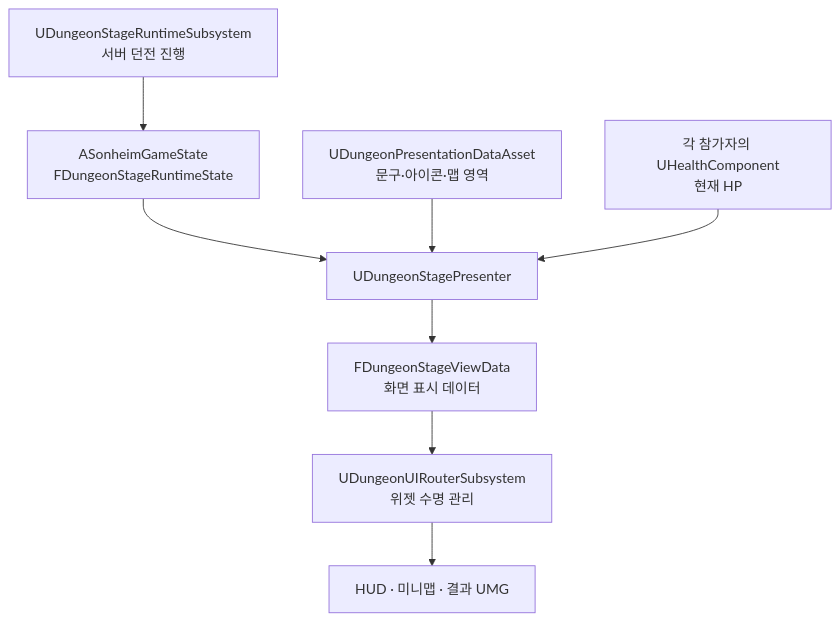
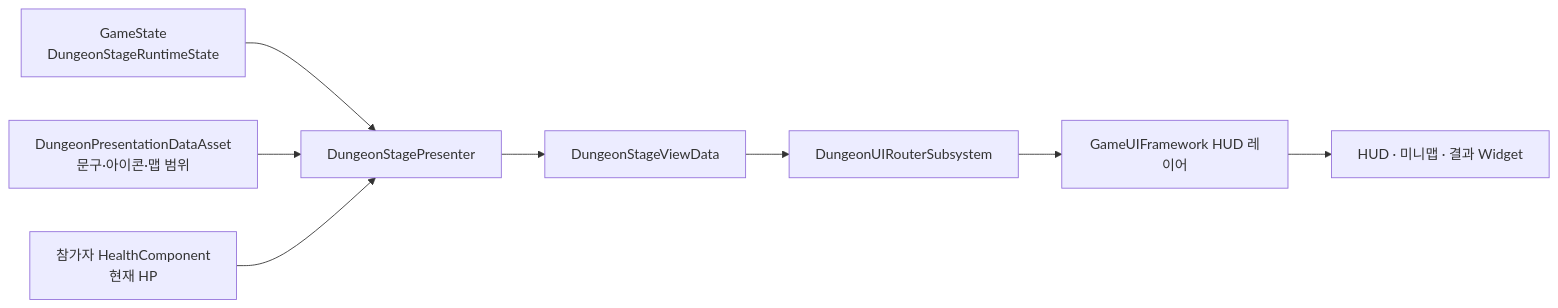
One commit to chungheonLee0325/Sonheim changed the second of 2 diagrams in Doc/Wiki/11_Client_State_Presentation_Pipeline.md. Above: the diagram before and after it, drawn with Mermaid. The commit also changed other lines of this file and 7 other files, not shown here.

```diff
--- a/Doc/Wiki/11_Client_State_Presentation_Pipeline.md
+++ b/Doc/Wiki/11_Client_State_Presentation_Pipeline.md
@@ -270,10 +69,10 @@
 ~~~mermaid
-flowchart TB
-    SERVER["UDungeonStageRuntimeSubsystem<br/>서버 던전 진행"] --> STATE["ASonheimGameState<br/>FDungeonStageRuntimeState"]
-    STATE --> PRES["UDungeonStagePresenter"]
-    DEF["UDungeonPresentationDataAsset<br/>문구·아이콘·맵 영역"] --> PRES
-    HEALTH["각 참가자의 UHealthComponent<br/>현재 HP"] --> PRES
-    PRES --> VIEW["FDungeonStageViewData<br/>화면 표시 데이터"]
-    VIEW --> ROUTER["UDungeonUIRouterSubsystem<br/>위젯 수명 관리"]
-    ROUTER --> WIDGET["HUD · 미니맵 · 결과 UMG"]
+flowchart LR
+    S["GameState<br/>DungeonStageRuntimeState"] --> P["DungeonStagePresenter"]
+    D["DungeonPresentationDataAsset<br/>문구·아이콘·맵 범위"] --> P
+    H["참가자 HealthComponent<br/>현재 HP"] --> P
+    P --> V["DungeonStageViewData"]
+    V --> R["DungeonUIRouterSubsystem"]
+    R --> M["GameUIFramework HUD 레이어"]
+    M --> W["HUD · 미니맵 · 결과 Widget"]
 ~~~
```
